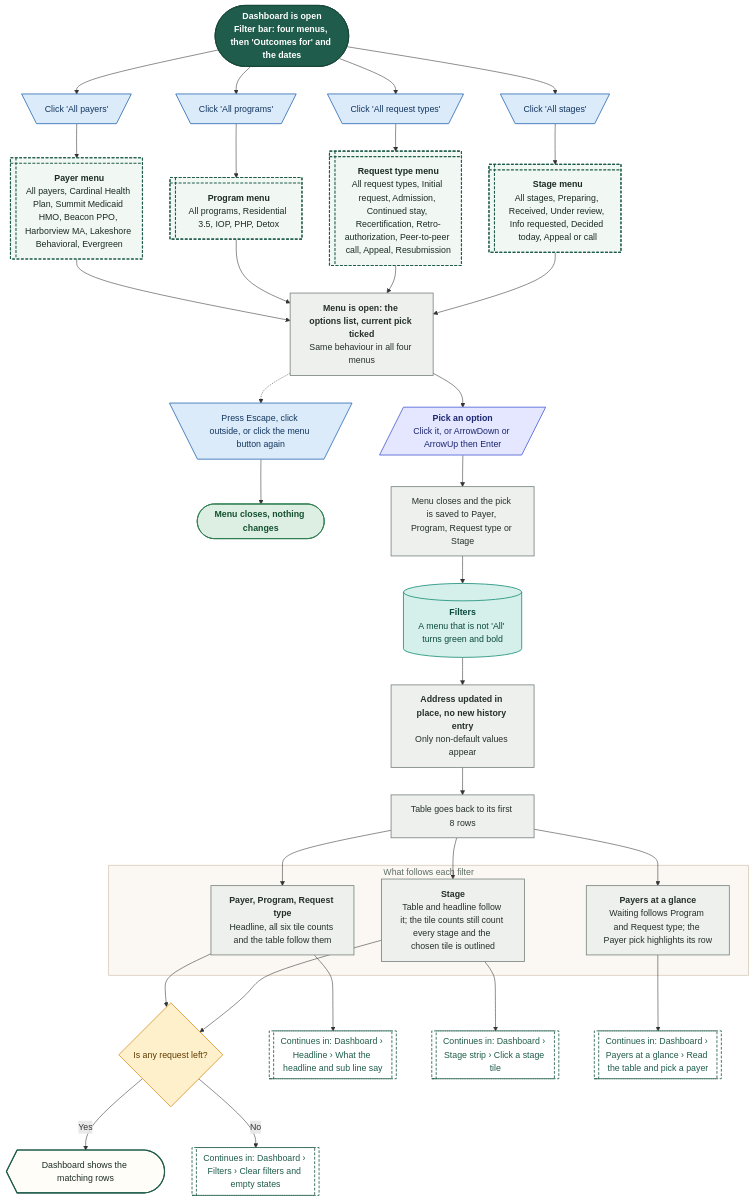
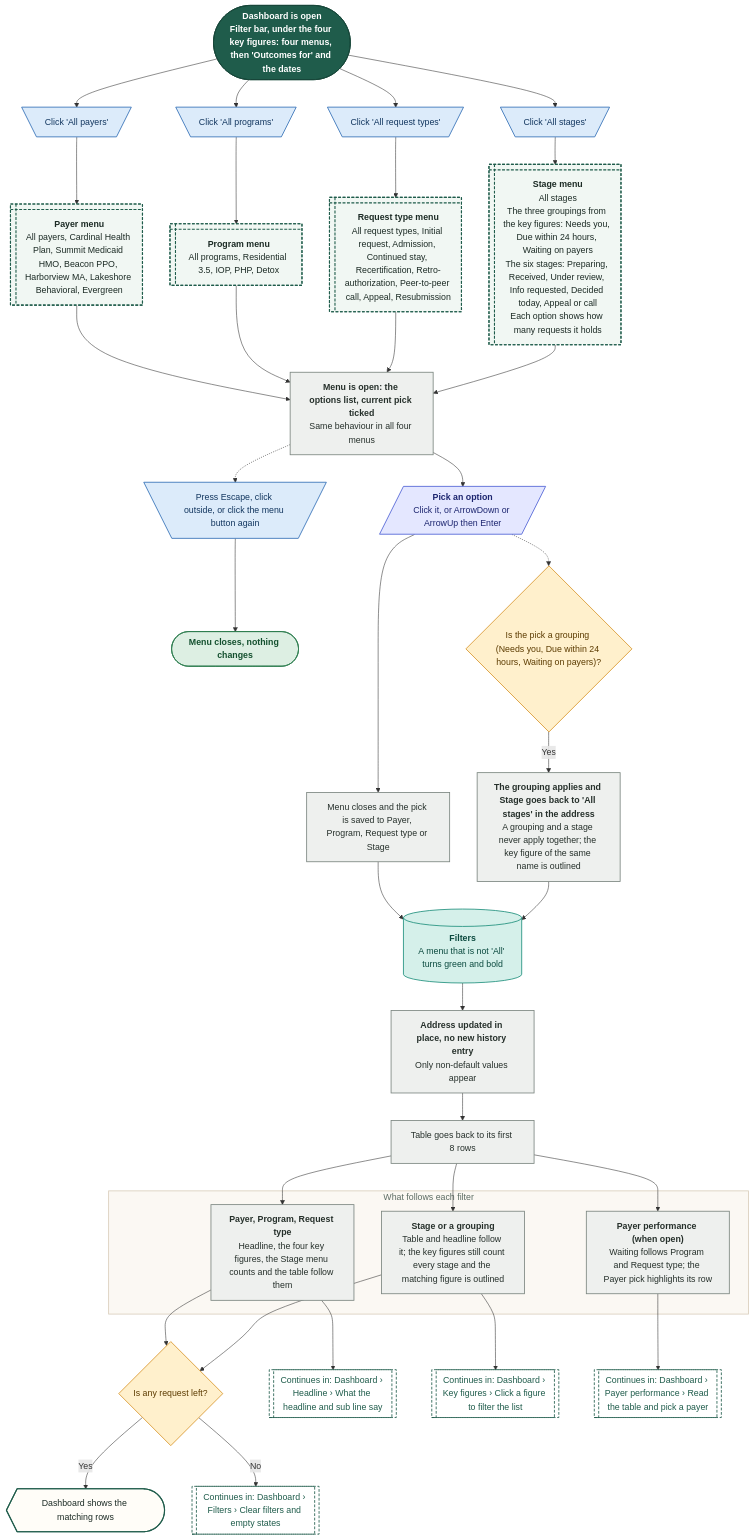
Before and after one commit to Shrav143/psyfloapp: the fifth of 21 diagrams in demos/prior-auth-demo/workflows/out/md/02-dashboard.md, drawn with Mermaid. The commit also changed other lines of this file and 192 other files, not shown here.

First line of the commit message:
docs: changelog by sidebar tab; README, diagrams and Settings layout aligned with the refinement; shared InfoTip; referral cost-share line

````diff
--- a/demos/prior-auth-demo/workflows/out/md/02-dashboard.md
+++ b/demos/prior-auth-demo/workflows/out/md/02-dashboard.md
@@ -258,74 +361,78 @@
 ```mermaid
 %%{init: {"theme":"base","themeVariables":{"fontFamily":"'DM Sans', 'Segoe UI', system-ui, sans-serif","fontSize":"15px","lineColor":"#5B6B63","primaryTextColor":"#1C2B25","clusterBkg":"#FBF8F3","clusterBorder":"#D9CDBB","edgeLabelBackground":"#FFFFFF"},"flowchart":{"curve":"basis","nodeSpacing":36,"rankSpacing":48,"padding":12,"htmlLabels":true,"useMaxWidth":false,"wrappingWidth":230}} }%%
 flowchart TD
   classDef k_start fill:#1F5C4B,stroke:#174638,color:#FFFFFF,stroke-width:1.5px,font-weight:600
   classDef k_end fill:#DDEFE3,stroke:#2E7D4F,color:#14502F,stroke-width:1.5px,font-weight:600
   classDef k_endx fill:#FBE3E0,stroke:#C0392B,color:#7A1F16,stroke-width:1.5px,font-weight:600
   classDef k_screen fill:#FFFDF8,stroke:#1F5C4B,color:#1C2B25,stroke-width:2px
   classDef k_overlay fill:#F1F7F3,stroke:#1F5C4B,color:#1C2B25,stroke-width:2px,stroke-dasharray:5 3
   classDef k_click fill:#DCEBFA,stroke:#2F6DB5,color:#12365F,stroke-width:1.5px
   classDef k_input fill:#E4E7FF,stroke:#4C5FD5,color:#1D2670,stroke-width:1.5px
   classDef k_process fill:#EEF0EE,stroke:#7A857F,color:#26302B,stroke-width:1.5px
   classDef k_agent fill:#EEE5FA,stroke:#7A4FC2,color:#341A63,stroke-width:1.5px
   classDef k_decision fill:#FFF0CC,stroke:#D9962B,color:#5C3B00,stroke-width:1.5px
   classDef k_store fill:#D5F0EA,stroke:#1C8E7B,color:#0B4A3F,stroke-width:1.5px
   classDef k_doc fill:#F6E9DC,stroke:#B07A4C,color:#4A2E14,stroke-width:1.5px
   classDef k_ext fill:#FFE6D2,stroke:#E07B39,color:#6B2F06,stroke-width:1.5px
   classDef k_wait fill:#E4E8EE,stroke:#6B7C93,color:#26303D,stroke-width:1.5px
   classDef k_toast fill:#FFF9DB,stroke:#C9A400,color:#5A4A00,stroke-width:1.5px
   classDef k_goto fill:#FFFFFF,stroke:#1F5C4B,color:#1F5C4B,stroke-width:1.5px,stroke-dasharray:5 3
-  s1@{ shape: stadium, label: "<b>Dashboard is open</b><br/>Filter bar: four menus, then 'Outcomes for' and the dates" }
+  s1@{ shape: stadium, label: "<b>Dashboard is open</b><br/>Filter bar, under the four key figures: four menus, then 'Outcomes for' and the dates" }
   c1@{ shape: trap-t, label: "Click 'All payers'" }
   c2@{ shape: trap-t, label: "Click 'All programs'" }
   c3@{ shape: trap-t, label: "Click 'All request types'" }
   c4@{ shape: trap-t, label: "Click 'All stages'" }
   o1@{ shape: win-pane, label: "<b>Payer menu</b><br/>All payers, Cardinal Health Plan, Summit Medicaid HMO, Beacon PPO, Harborview MA, Lakeshore Behavioral, Evergreen" }
   o2@{ shape: win-pane, label: "<b>Program menu</b><br/>All programs, Residential 3.5, IOP, PHP, Detox" }
   o3@{ shape: win-pane, label: "<b>Request type menu</b><br/>All request types, Initial request, Admission, Continued stay, Recertification, Retro-authorization, Peer-to-peer call, Appeal, Resubmission" }
-  o4@{ shape: win-pane, label: "<b>Stage menu</b><br/>All stages, Preparing, Received, Under review, Info requested, Decided today, Appeal or call" }
+  o4@{ shape: win-pane, label: "<b>Stage menu</b><br/>All stages<br/>The three groupings from the key figures: Needs you, Due within 24 hours, Waiting on payers<br/>The six stages: Preparing, Received, Under review, Info requested, Decided today, Appeal or call<br/>Each option shows how many requests it holds" }
   m1@{ shape: rect, label: "<b>Menu is open: the options list, current pick ticked</b><br/>Same behaviour in all four menus" }
   i1@{ shape: lean-r, label: "<b>Pick an option</b><br/>Click it, or ArrowDown or ArrowUp then Enter" }
   k1@{ shape: trap-t, label: "Press Escape, click outside, or click the menu button again" }
   e0@{ shape: stadium, label: "Menu closes, nothing changes" }
+  dg@{ shape: diam, label: "Is the pick a grouping (Needs you, Due within 24 hours, Waiting on payers)?" }
+  pg@{ shape: rect, label: "<b>The grouping applies and Stage goes back to 'All stages' in the address</b><br/>A grouping and a stage never apply together; the key figure of the same name is outlined" }
   p1@{ shape: rect, label: "Menu closes and the pick is saved to Payer, Program, Request type or Stage" }
   w1@{ shape: cyl, label: "<b>Filters</b><br/>A menu that is not 'All' turns green and bold" }
   p2@{ shape: rect, label: "<b>Address updated in place, no new history entry</b><br/>Only non-default values appear" }
   p3@{ shape: rect, label: "Table goes back to its first 8 rows" }
   subgraph gFollow ["What follows each filter"]
-  f1@{ shape: rect, label: "<b>Payer, Program, Request type</b><br/>Headline, all six tile counts and the table follow them" }
-  f2@{ shape: rect, label: "<b>Stage</b><br/>Table and headline follow it; the tile counts still count every stage and the chosen tile is outlined" }
-  f3@{ shape: rect, label: "<b>Payers at a glance</b><br/>Waiting follows Program and Request type; the Payer pick highlights its row" }
+  f1@{ shape: rect, label: "<b>Payer, Program, Request type</b><br/>Headline, the four key figures, the Stage menu counts and the table follow them" }
+  f2@{ shape: rect, label: "<b>Stage or a grouping</b><br/>Table and headline follow it; the key figures still count every stage and the matching figure is outlined" }
+  f3@{ shape: rect, label: "<b>Payer performance (when open)</b><br/>Waiting follows Program and Request type; the Payer pick highlights its row" }
   end
   d1@{ shape: diam, label: "Is any request left?" }
   sc@{ shape: curv-trap, label: "Dashboard shows the matching rows" }
   g1@{ shape: subproc, label: "Continues in: Dashboard › Filters › Clear filters and empty states" }
   g2@{ shape: subproc, label: "Continues in: Dashboard › Headline › What the headline and sub line say" }
-  g3@{ shape: subproc, label: "Continues in: Dashboard › Stage strip › Click a stage tile" }
-  g4@{ shape: subproc, label: "Continues in: Dashboard › Payers at a glance › Read the table and pick a payer" }
+  g3@{ shape: subproc, label: "Continues in: Dashboard › Key figures › Click a figure to filter the list" }
+  g4@{ shape: subproc, label: "Continues in: Dashboard › Payer performance › Read the table and pick a payer" }
   s1 --> c1 --> o1
   s1 --> c2 --> o2
   s1 --> c3 --> o3
   s1 --> c4 --> o4
   o1 & o2 & o3 & o4 --> m1
   m1 --> i1
   m1 -.-> k1 --> e0
   i1 --> p1 --> w1 --> p2 --> p3
+  i1 -.-> dg
+  dg -->|"Yes"| pg --> w1
   p3 --> f1 & f2 & f3
   f1 --> g2
   f2 --> g3
   f3 --> g4
   f1 & f2 --> d1
   d1 -->|"Yes"| sc
   d1 -->|"No"| g1
   class s1 k_start
   class c1,c2,c3,c4,k1 k_click
   class o1,o2,o3,o4 k_overlay
-  class m1,p1,p2,p3,f1,f2,f3 k_process
+  class m1,pg,p1,p2,p3,f1,f2,f3 k_process
   class i1 k_input
   class e0 k_end
+  class dg,d1 k_decision
   class w1 k_store
-  class d1 k_decision
   class sc k_screen
   class g1,g2,g3,g4 k_goto
   style gFollow fill:#FBF8F3,stroke:#D9CDBB,stroke-width:1.5px,color:#5B6B63
 ```
````
